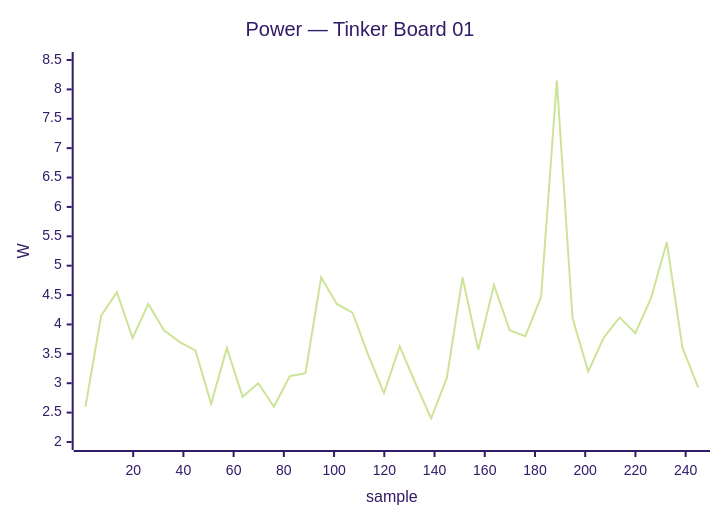
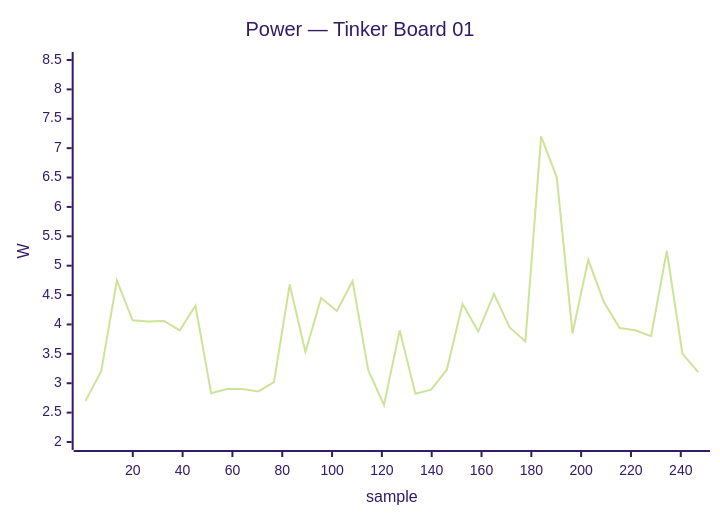
Before and after one commit to armbian/documentation: diagram 21 of 24 in docs/status/board-tests.md, drawn with Mermaid (forest theme). The commit also changed other lines of this file, not shown here.

````diff
--- a/docs/status/board-tests.md
+++ b/docs/status/board-tests.md
@@ -1162,7 +1147,7 @@
     ```mermaid
     xychart-beta
         title "Power — Tinker Board 01"
-        x-axis "sample" 1 --> 245
+        x-axis "sample" 1 --> 247
         y-axis "W" 2.0 --> 8.5
-        line [2.60, 4.15, 4.55, 3.77, 4.35, 3.90, 3.70, 3.56, 2.65, 3.60, 2.77, 3.00, 2.60, 3.12, 3.17, 4.80, 4.35, 4.20, 3.48, 2.83, 3.63, 3.00, 2.40, 3.09, 4.80, 3.57, 4.67, 3.90, 3.80, 4.47, 8.15, 4.11, 3.20, 3.78, 4.12, 3.85, 4.45, 5.40, 3.60, 2.93]
+        line [2.70, 3.20, 4.75, 4.07, 4.05, 4.06, 3.90, 4.32, 2.83, 2.90, 2.90, 2.86, 3.02, 4.68, 3.53, 4.45, 4.23, 4.74, 3.22, 2.63, 3.90, 2.82, 2.89, 3.23, 4.35, 3.88, 4.52, 3.95, 3.71, 7.20, 6.50, 3.85, 5.10, 4.38, 3.94, 3.90, 3.80, 5.25, 3.50, 3.19]
     ```
````
